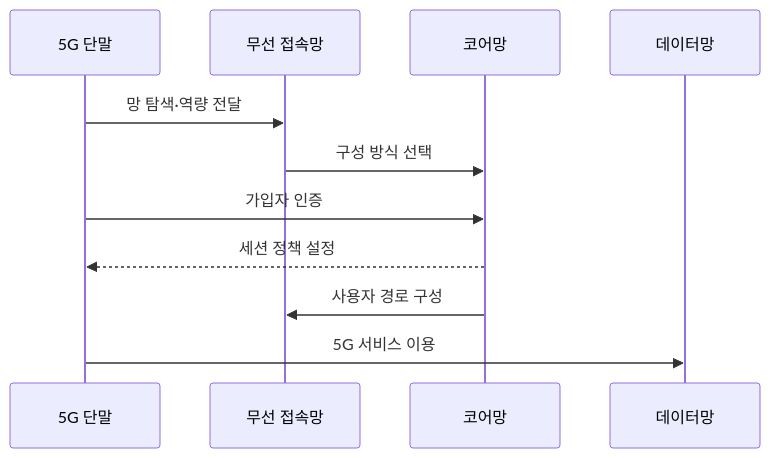
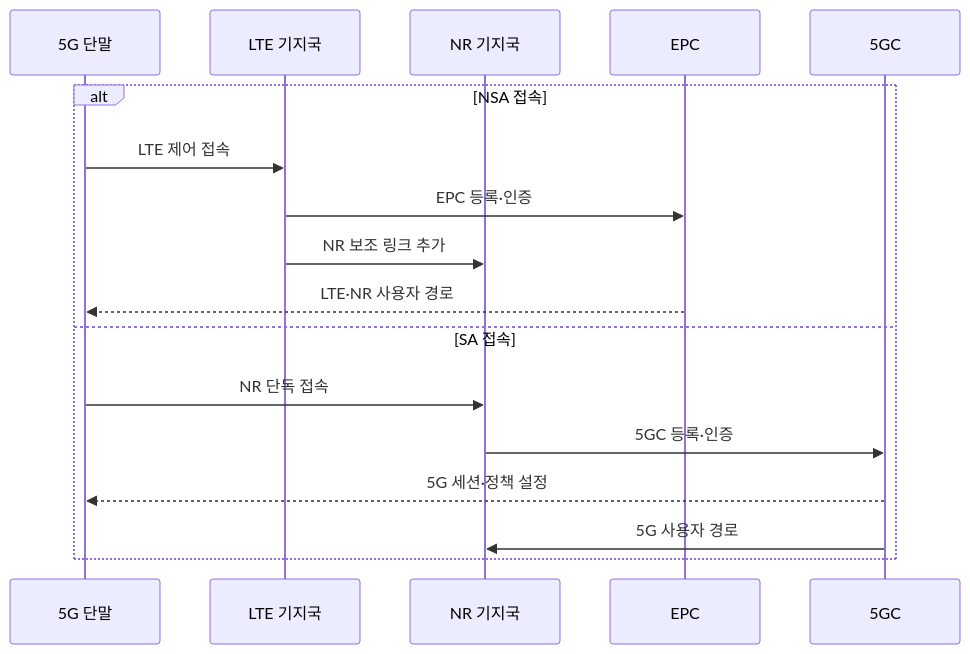
The second of 2 diagrams in src/content/docs/notes/04-network/037_5g_sa_nsa.md (agnusdei1207/knowledge-base), drawn with Mermaid before and after one commit. The commit also changed other lines of this file and 7 other files, not shown here.

````diff
--- a/src/content/docs/notes/04-network/037_5g_sa_nsa.md
+++ b/src/content/docs/notes/04-network/037_5g_sa_nsa.md
@@ -78,13 +83,19 @@
 ```mermaid
 sequenceDiagram
   participant U as 5G 단말
-  participant R as 무선 접속망
-  participant C as 코어망
-  participant D as 데이터망
-  U->>R: 망 탐색·역량 전달
-  R->>C: 구성 방식 선택
-  U->>C: 가입자 인증
-  C-->>U: 세션 정책 설정
-  C->>R: 사용자 경로 구성
-  U->>D: 5G 서비스 이용
+  participant L as LTE 기지국
+  participant R as NR 기지국
+  participant E as EPC
+  participant C as 5GC
+  alt NSA 접속
+    U->>L: LTE 제어 접속
+    L->>E: EPC 등록·인증
+    L->>R: NR 보조 링크 추가
+    E-->>U: LTE·NR 사용자 경로
+  else SA 접속
+    U->>R: NR 단독 접속
+    R->>C: 5GC 등록·인증
+    C-->>U: 5G 세션·정책 설정
+    C->>R: 5G 사용자 경로
+  end
 ```
````
